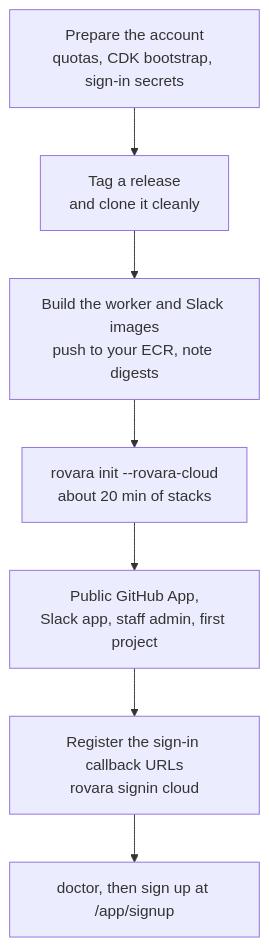
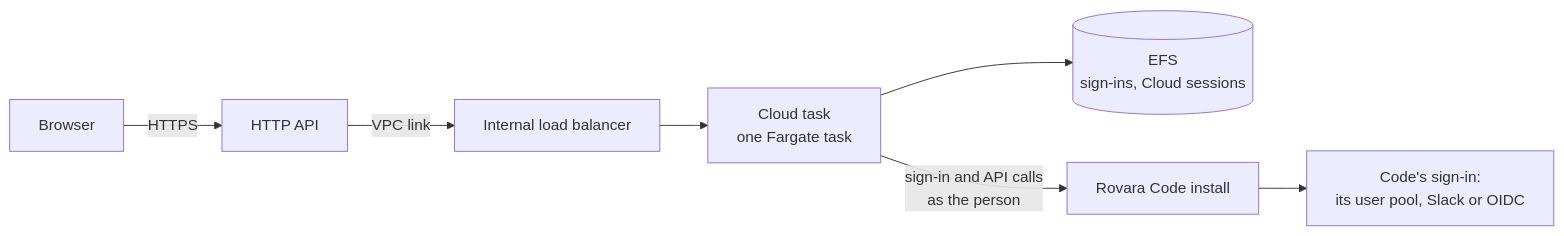
Before and after one commit to rovaracli/rovara: the diagram in docs/rovara-cloud-install.md, drawn with Mermaid. The commit also changed other lines of this file and 12 other files, not shown here.

First line of the commit message:
Rovara Cloud deploys on an existing Rovara Code install: one stack, no pool of its own

````diff
--- a/docs/rovara-cloud-install.md
+++ b/docs/rovara-cloud-install.md
@@ -49,9 +15,9 @@
 ```mermaid
-flowchart TD
-  A[Prepare the account<br/>quotas, CDK bootstrap, sign-in secrets] --> B[Tag a release<br/>and clone it cleanly]
-  B --> C[Build the worker and Slack images<br/>push to your ECR, note digests]
-  C --> D["rovara init --rovara-cloud<br/>about 20 min of stacks"]
-  D --> E[Public GitHub App,<br/>Slack app, staff admin, first project]
-  E --> F[Register the sign-in callback URLs<br/>rovara signin cloud]
-  F --> G[doctor, then sign up at /app/signup]
+flowchart LR
+  B[Browser] -->|HTTPS| A[HTTP API]
+  A -->|VPC link| L[Internal load balancer]
+  L --> T[Cloud task<br/>one Fargate task]
+  T --> E[(EFS<br/>sign-ins, Cloud sessions)]
+  T -->|sign-in and API calls<br/>as the person| C[Rovara Code install]
+  C --> P[Code's sign-in:<br/>its user pool, Slack or OIDC]
 ```
````
